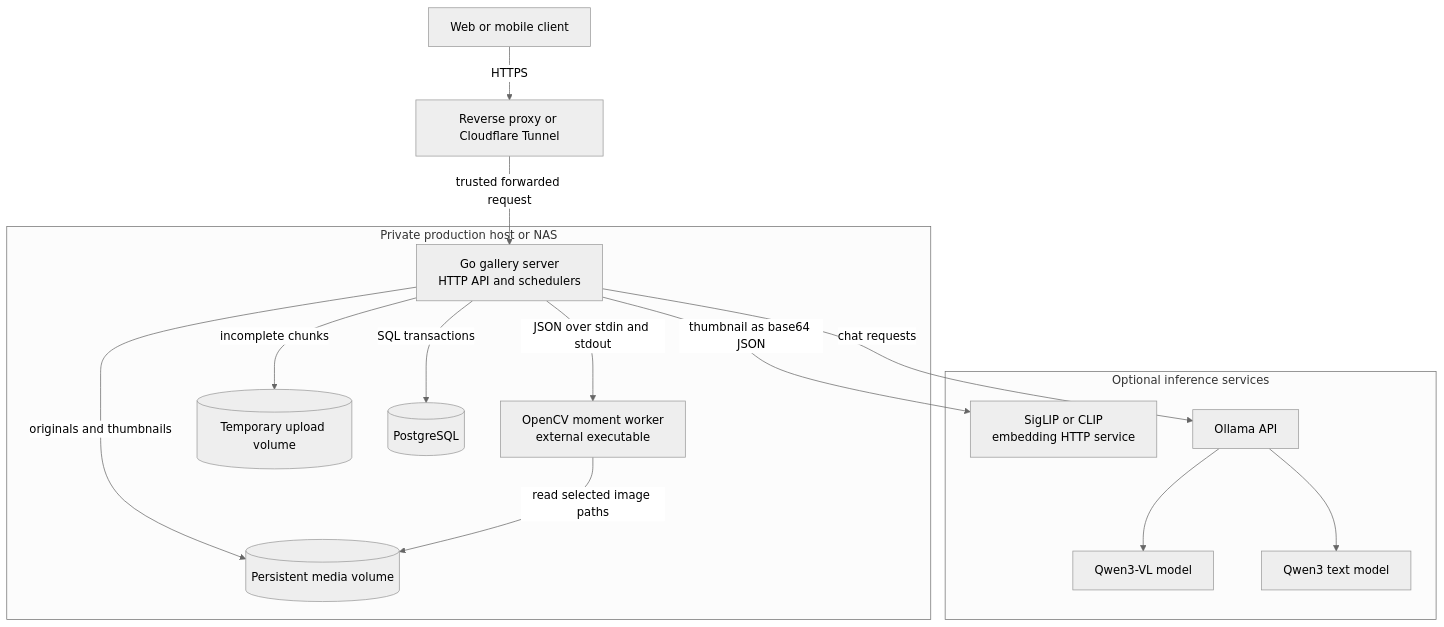
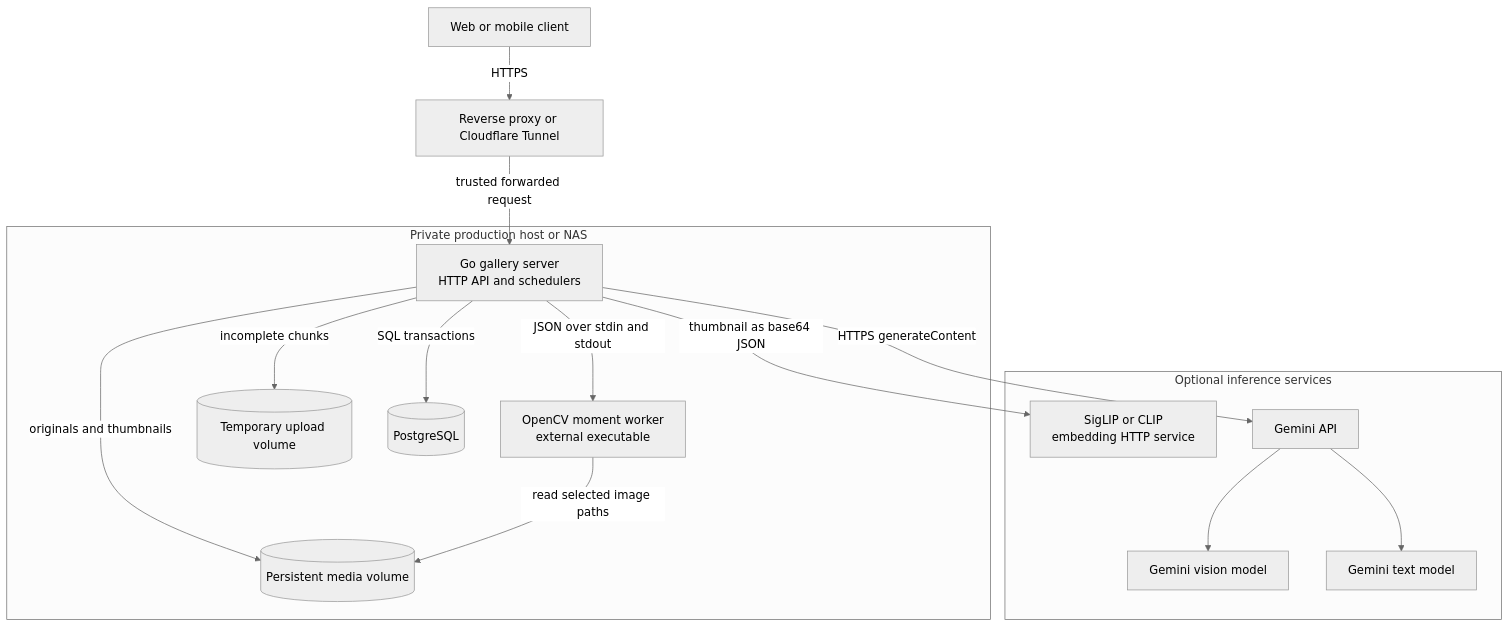
One commit to pal-paul/pal-next-gallery-server changed the first of 9 diagrams in docs/photo_moments.md. Above: the diagram before and after it, drawn with Mermaid (neutral theme). The commit also changed other lines of this file and 11 other files, not shown here.

First line of the commit message:
Refactor to replace Ollama with Gemini API for moment enrichment

````diff
--- a/docs/photo_moments.md
+++ b/docs/photo_moments.md
@@ -76,32 +76,32 @@
 ```mermaid
 flowchart TB
     User[Web or mobile client]
     Proxy[Reverse proxy or Cloudflare Tunnel]
 
     subgraph Host[Private production host or NAS]
         Server[Go gallery server<br/>HTTP API and schedulers]
         CV[OpenCV moment worker<br/>external executable]
         Media[(Persistent media volume)]
         Temp[(Temporary upload volume)]
         DB[(PostgreSQL)]
     end
 
     subgraph Models[Optional inference services]
         Embed[SigLIP or CLIP<br/>embedding HTTP service]
-        Ollama[Ollama API]
-        Vision[Qwen3-VL model]
-        Text[Qwen3 text model]
+        Gemini[Gemini API]
+        Vision[Gemini vision model]
+        Text[Gemini text model]
     end
 
     User -->|HTTPS| Proxy
     Proxy -->|trusted forwarded request| Server
     Server -->|SQL transactions| DB
     Server -->|originals and thumbnails| Media
     Server -->|incomplete chunks| Temp
     Server -->|JSON over stdin and stdout| CV
     CV -->|read selected image paths| Media
     Server -->|thumbnail as base64 JSON| Embed
-    Server -->|chat requests| Ollama
-    Ollama --> Vision
-    Ollama --> Text
+    Server -->|HTTPS generateContent| Gemini
+    Gemini --> Vision
+    Gemini --> Text
 ```
````
